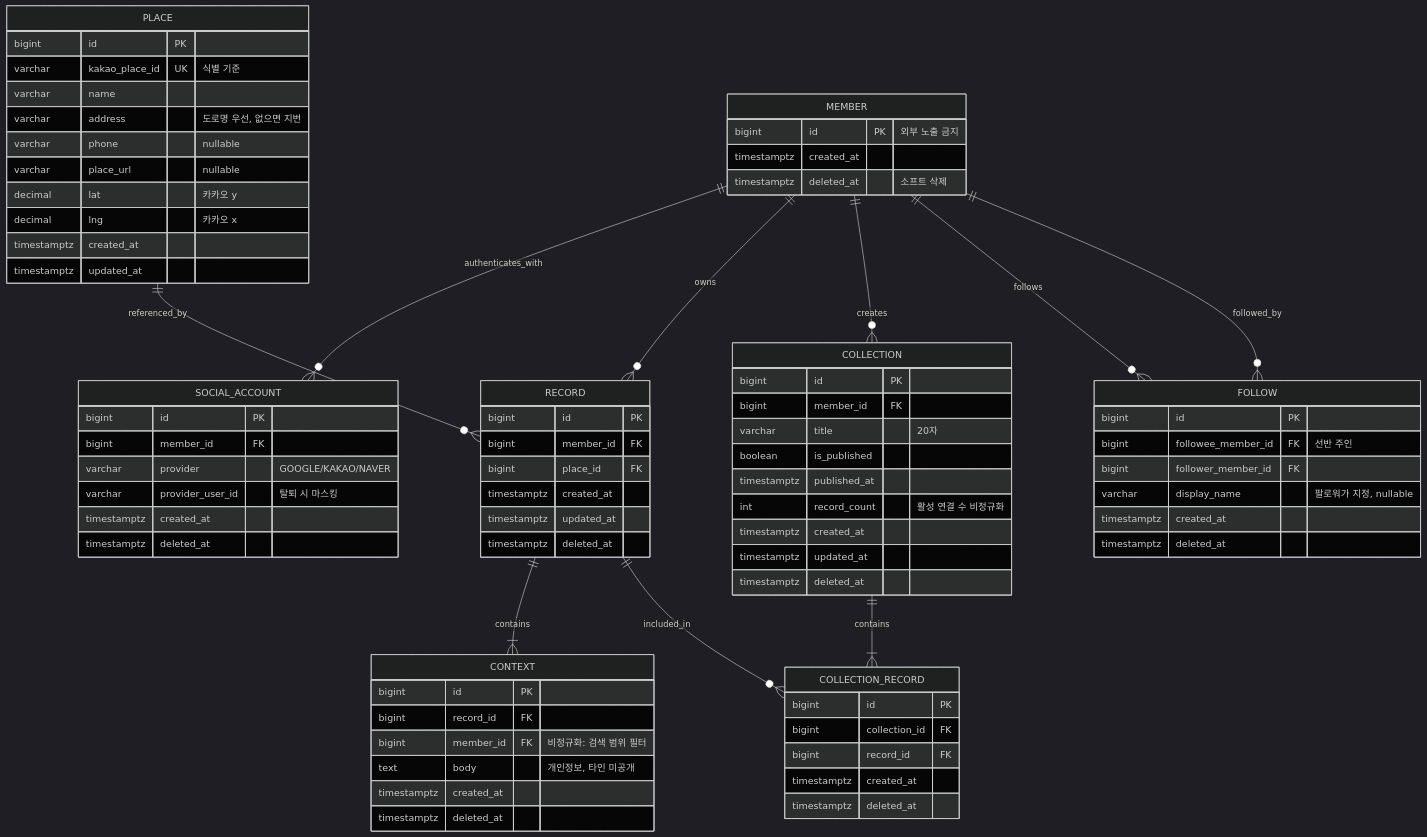
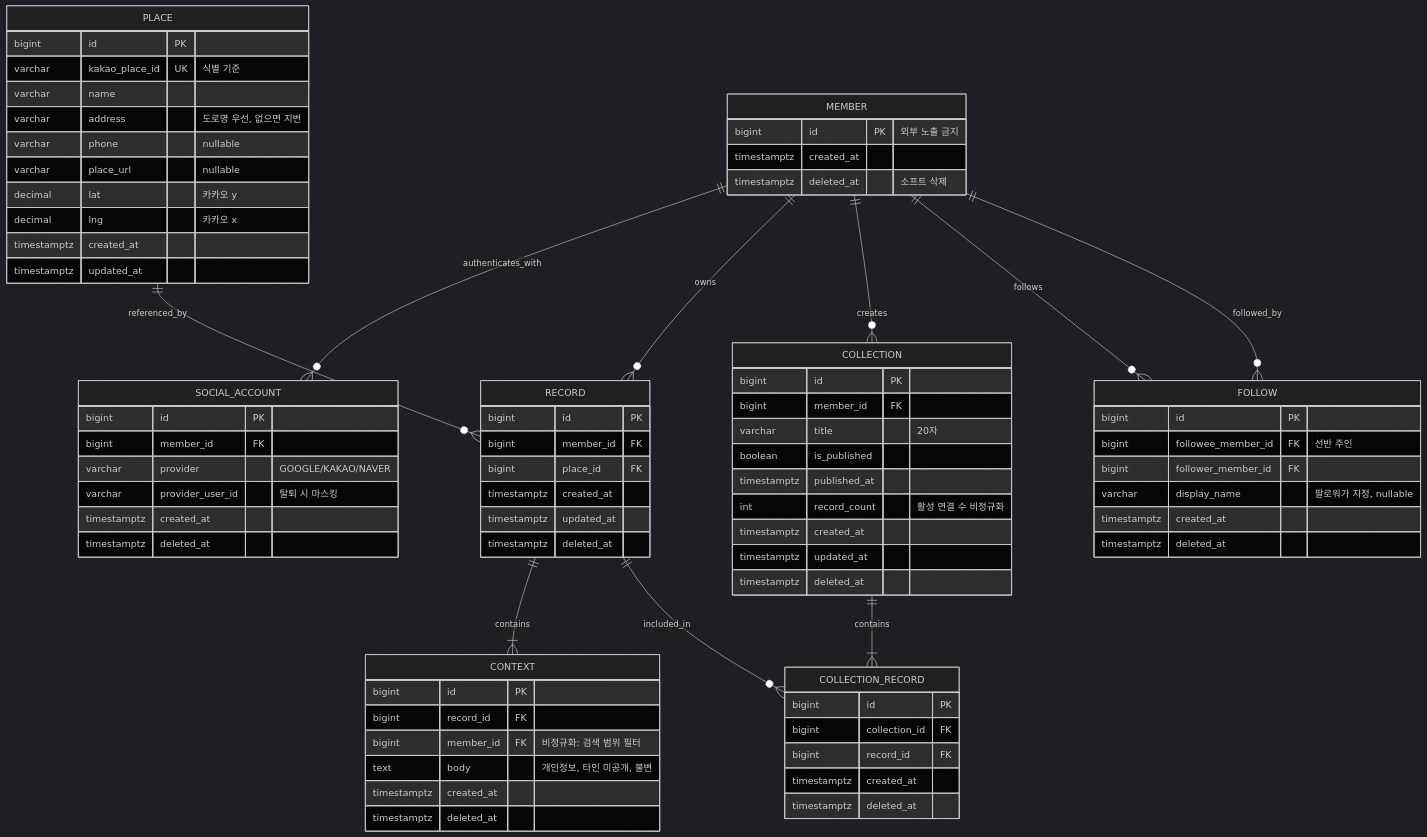
The first of 2 diagrams in draft/07_ERD.md (Team-PinLog/docs), drawn with Mermaid (dark theme) before and after one commit. The commit also changed other lines of this file and 4 other files, not shown here.

First line of the commit message:
docs: draft 데이터·API·플로우 문서를 AI 설계 계약과 동기화

```diff
--- a/draft/07_ERD.md
+++ b/draft/07_ERD.md
@@ -59,7 +59,7 @@
         bigint id PK
         bigint record_id FK
         bigint member_id FK "비정규화: 검색 범위 필터"
-        text body "개인정보, 타인 미공개"
+        text body "개인정보, 타인 미공개, 불변"
         timestamptz created_at
         timestamptz deleted_at
     }
```
